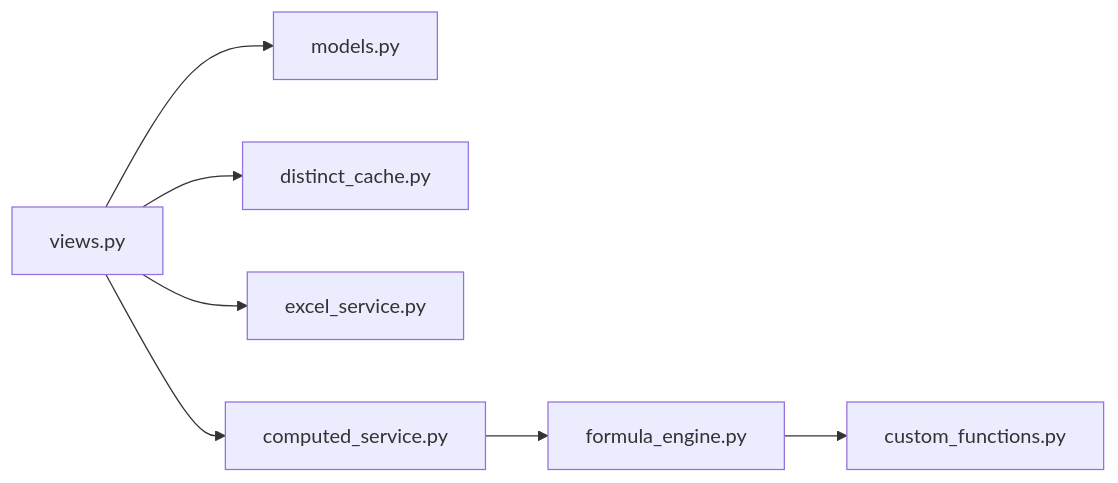
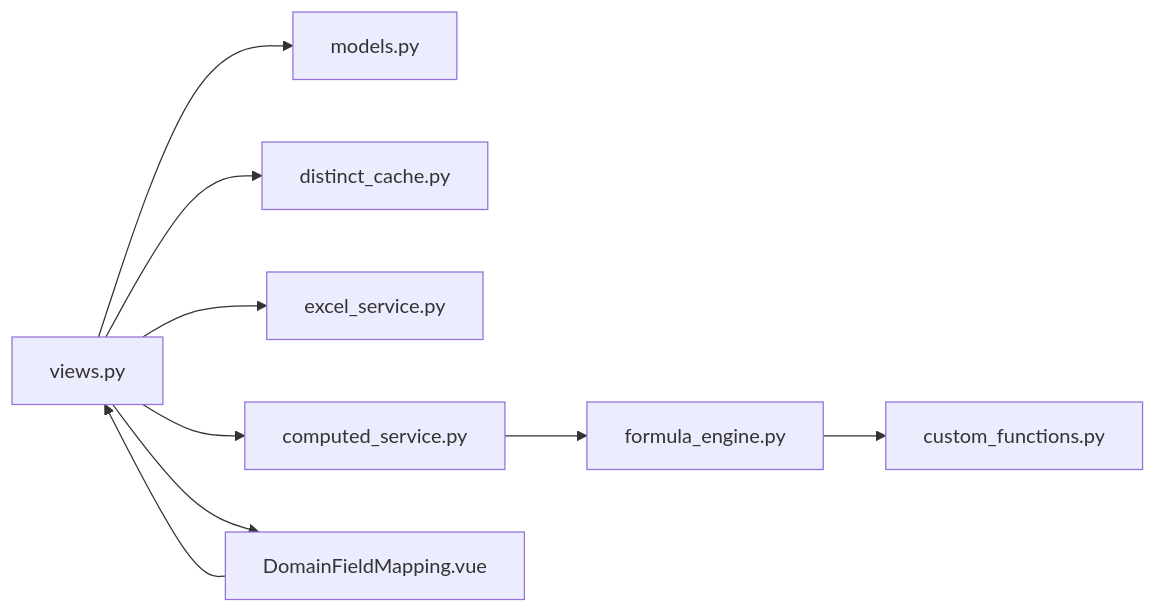
One commit to zyp-coder/Metadata changed the sixth of 6 diagrams in .qoder/repowiki/zh/content/数据建模模块/数据建模模块.md. Above: the diagram before and after it, drawn with Mermaid. The commit also changed other lines of this file and 39 other files, not shown here.

````diff
--- a/.qoder/repowiki/zh/content/数据建模模块/数据建模模块.md
+++ b/.qoder/repowiki/zh/content/数据建模模块/数据建模模块.md
@@ -364,9 +443,11 @@
 ```mermaid
 graph LR
 V["views.py"] --> M["models.py"]
 V --> DC["distinct_cache.py"]
 V --> ES["excel_service.py"]
 V --> CS["computed_service.py"]
 CS --> FE["formula_engine.py"]
 FE --> CF["custom_functions.py"]
+V --> DM["DomainFieldMapping.vue"]
+DM --> V
 ```
````
